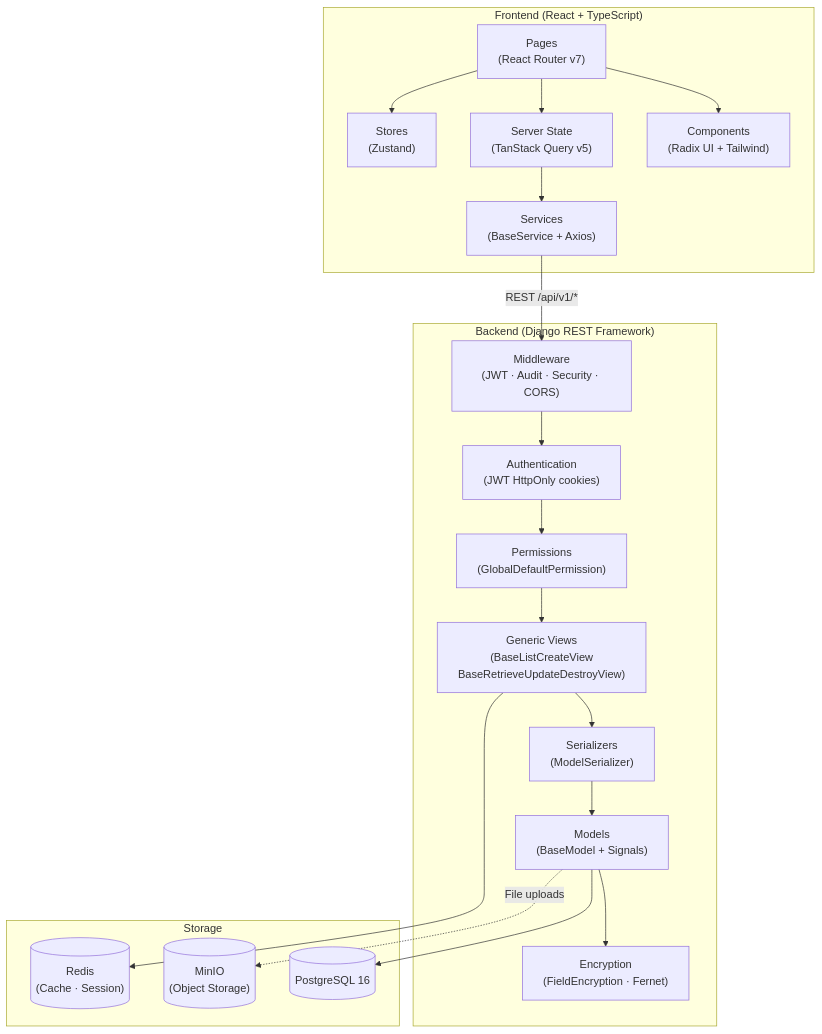
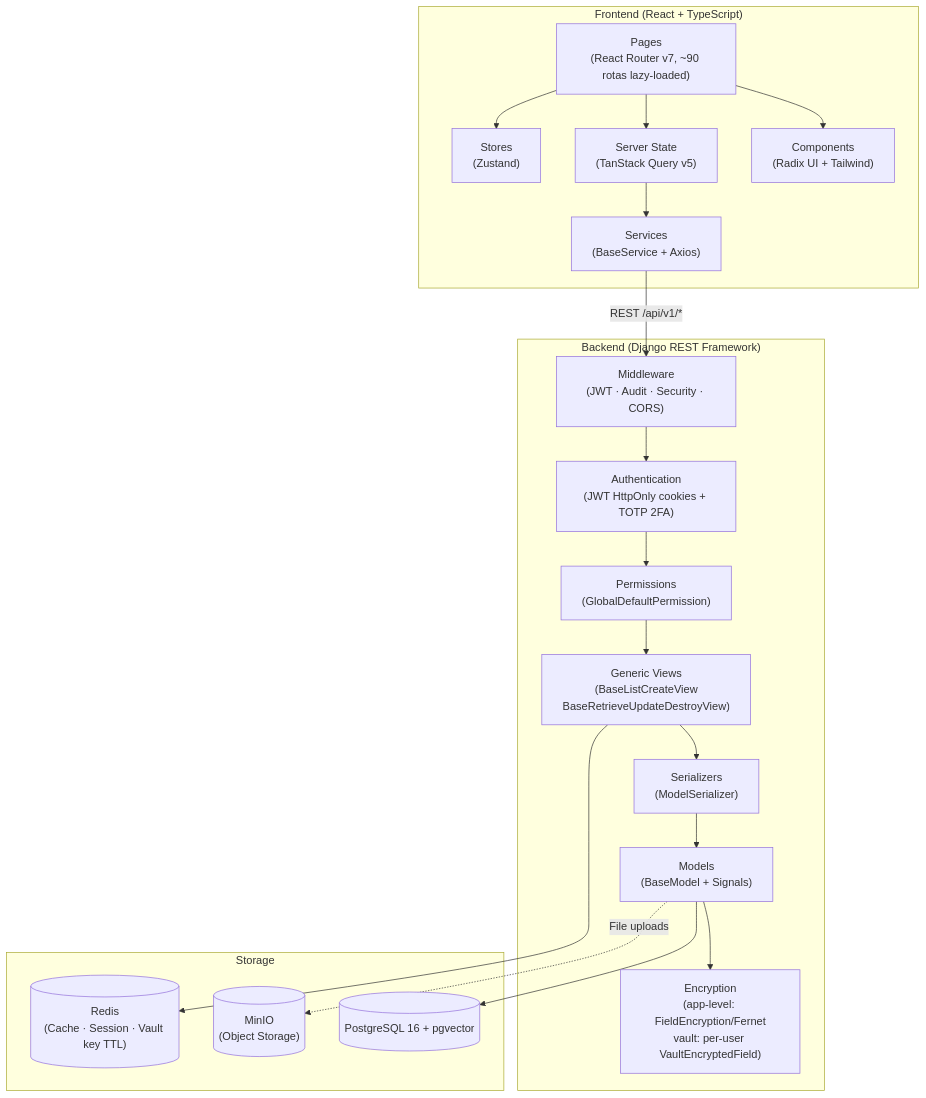
Before and after one commit to tarcisioribeiro/Axiom: the second of 24 diagrams in documentation/architecture/diagrams.md, drawn with Mermaid. The commit also changed other lines of this file and 5 other files, not shown here.

Commit message:
docs: updated diagrams

````diff
--- a/documentation/architecture/diagrams.md
+++ b/documentation/architecture/diagrams.md
@@ -66,42 +79,42 @@
 ```mermaid
 graph TB
     subgraph Frontend["Frontend (React + TypeScript)"]
-        Pages["Pages\n(React Router v7)"]
+        Pages["Pages\n(React Router v7, ~90 rotas lazy-loaded)"]
         Components["Components\n(Radix UI + Tailwind)"]
         Stores["Stores\n(Zustand)"]
         TQ["Server State\n(TanStack Query v5)"]
         Services["Services\n(BaseService + Axios)"]
     end
 
     subgraph Backend["Backend (Django REST Framework)"]
         Middleware["Middleware\n(JWT · Audit · Security · CORS)"]
-        Auth["Authentication\n(JWT HttpOnly cookies)"]
+        Auth["Authentication\n(JWT HttpOnly cookies + TOTP 2FA)"]
         Perms["Permissions\n(GlobalDefaultPermission)"]
         Views["Generic Views\n(BaseListCreateView\nBaseRetrieveUpdateDestroyView)"]
         Serializers["Serializers\n(ModelSerializer)"]
         Models["Models\n(BaseModel + Signals)"]
-        Encryption["Encryption\n(FieldEncryption · Fernet)"]
+        Encryption["Encryption\n(app-level: FieldEncryption/Fernet\nvault: per-user VaultEncryptedField)"]
     end
 
     subgraph Storage["Storage"]
-        PG[("PostgreSQL 16")]
-        Cache[("Redis\n(Cache · Session)")]
+        PG[("PostgreSQL 16 + pgvector")]
+        Cache[("Redis\n(Cache · Session · Vault key TTL)")]
         S3[("MinIO\n(Object Storage)")]
     end
 
     Pages --> Components
     Pages --> TQ
     Pages --> Stores
     TQ --> Services
     Services -->|"REST /api/v1/*"| Middleware
 
     Middleware --> Auth
     Auth --> Perms
     Perms --> Views
     Views --> Serializers
     Serializers --> Models
     Models --> Encryption
     Models --> PG
     Views --> Cache
     Models -.->|"File uploads"| S3
 ```
````
